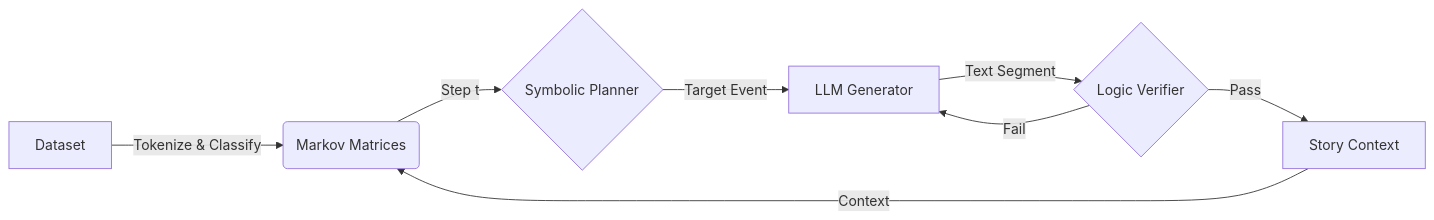
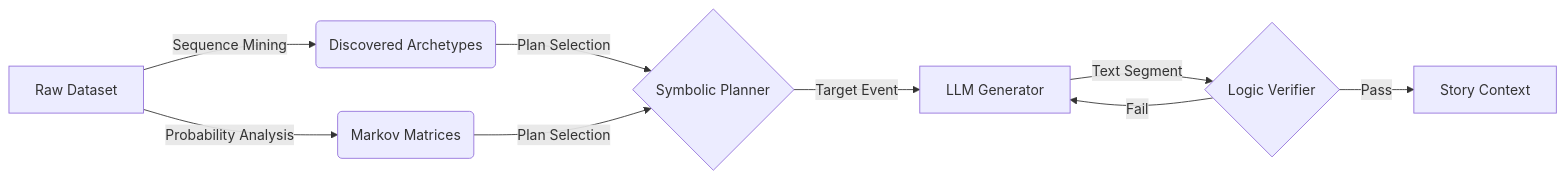
The diagram in README.md (MajevSong/Neuro-Symbolic-Engine), drawn with Mermaid before and after one commit. The commit also changed other lines of this file and 10 other files, not shown here.

````diff
--- a/README.md
+++ b/README.md
@@ -31,10 +33,10 @@
 ```mermaid
 graph LR
-    A[Dataset] -->|Tokenize & Classify| B(Markov Matrices)
-    B -->|Step t| C{Symbolic Planner}
-    C -->|Target Event| D[LLM Generator]
-    D -->|Text Segment| E{Logic Verifier}
-    E -->|Pass| F[Story Context]
-    E -->|Fail| D
-    F -->|Context| B
+    A[Raw Dataset] -->|Sequence Mining| B(Discovered Archetypes)
+    A -->|Probability Analysis| C(Markov Matrices)
+    B & C -->|Plan Selection| D{Symbolic Planner}
+    D -->|Target Event| E[LLM Generator]
+    E -->|Text Segment| F{Logic Verifier}
+    F -->|Pass| G[Story Context]
+    F -->|Fail| E
 ```
````
